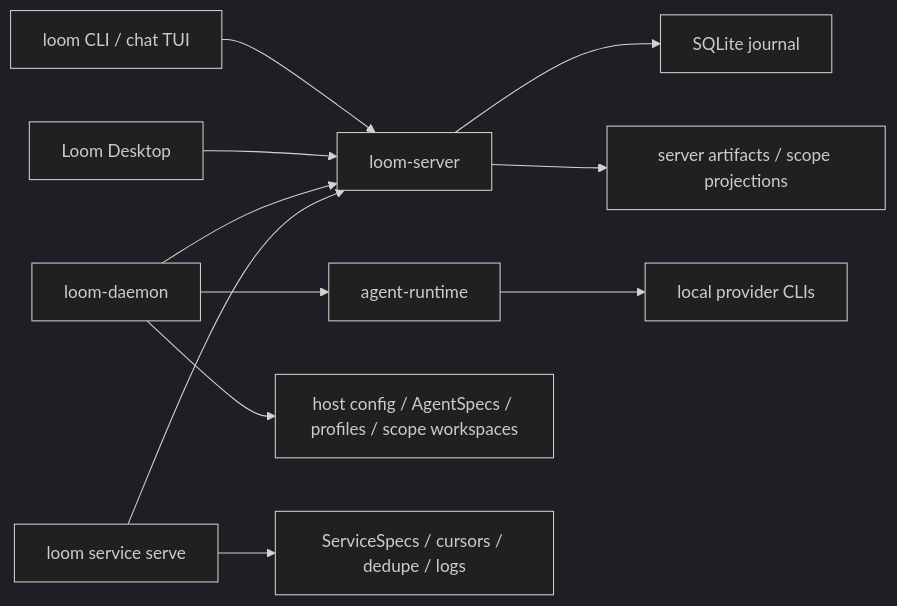
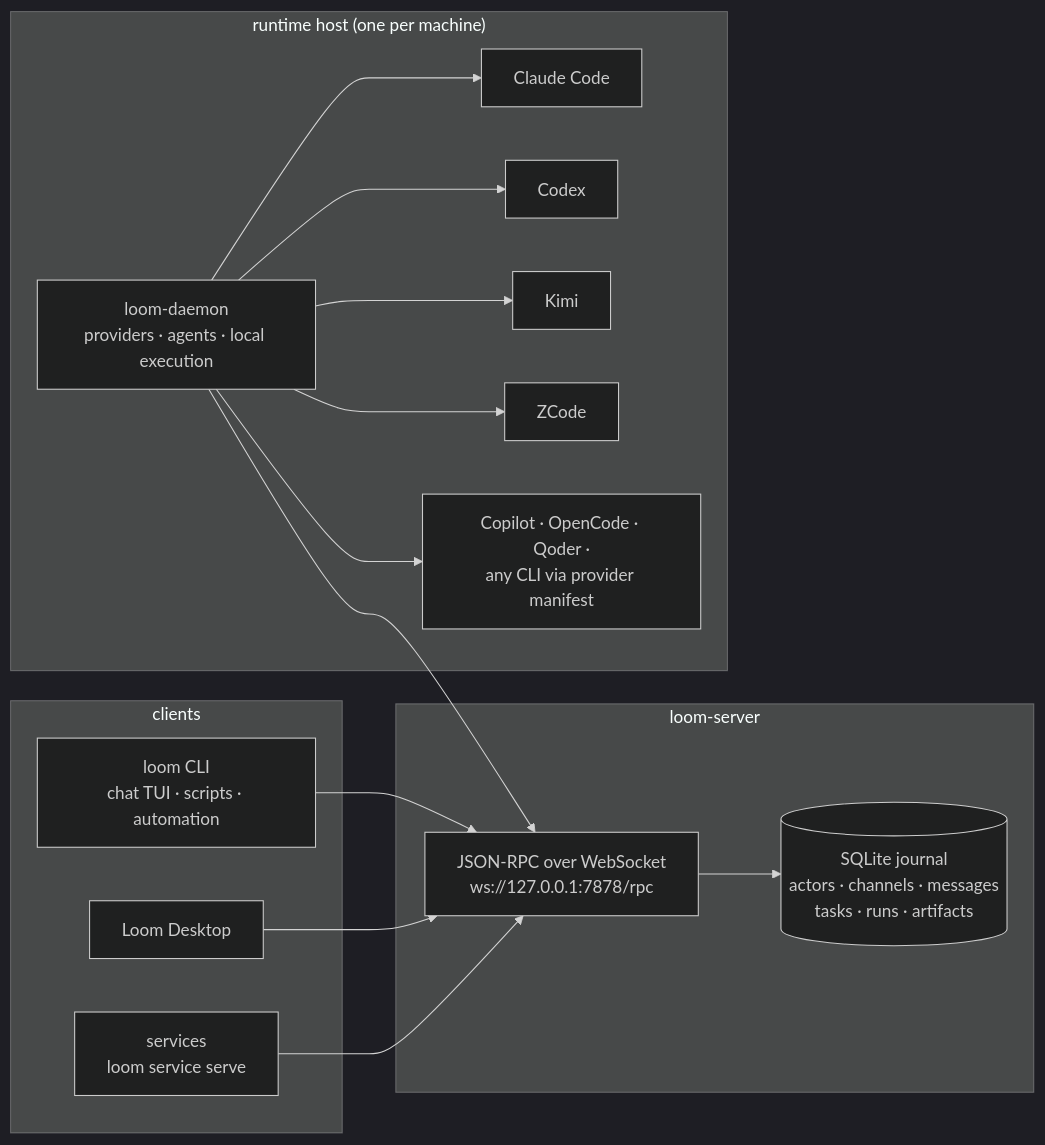
One commit to wyw-ai/loom changed the diagram in README.md. Above: the diagram before and after it, drawn with Mermaid (dark theme). The commit also changed other lines of this file and 1 other file, not shown here.

Commit message:
docs: replace abstract architecture diagram with concrete components
- show loom CLI / Loom Desktop / services connecting to loom-server
  (JSON-RPC over WebSocket, SQLite journal contents spelled out)
- show loom-daemon on each runtime host launching Claude Code, Codex,
  Kimi, ZCode, and other provider CLIs
- move the architecture section up right after How It Works
- keep English and zh-CN versions in sync

````diff
--- a/README.md
+++ b/README.md
@@ -182,13 +65,33 @@
 ```mermaid
 flowchart LR
-  cli["loom CLI / chat TUI"] --> server["loom-server"]
-  gui["Loom Desktop"] --> server
-  daemon["loom-daemon"] --> server
-  service["loom service serve"] --> server
-  daemon --> runtime["agent-runtime"]
-  runtime --> providers["local provider CLIs"]
-  daemon --> hostdata["host config / AgentSpecs / profiles / scope workspaces"]
-  service --> svcstate["ServiceSpecs / cursors / dedupe / logs"]
-  server --> store["SQLite journal"]
-  server --> files["server artifacts / scope projections"]
+  subgraph clients["clients"]
+    cli["loom CLI<br/>chat TUI · scripts · automation"]
+    gui["Loom Desktop"]
+    svc["services<br/>loom service serve"]
+  end
+
+  subgraph srv["loom-server"]
+    rpc["JSON-RPC over WebSocket<br/>ws://127.0.0.1:7878/rpc"]
+    db[("SQLite journal<br/>actors · channels · messages<br/>tasks · runs · artifacts")]
+    rpc --> db
+  end
+
+  subgraph host["runtime host (one per machine)"]
+    daemon["loom-daemon<br/>providers · agents · local execution"]
+    claude["Claude Code"]
+    codex["Codex"]
+    kimi["Kimi"]
+    zcode["ZCode"]
+    more["Copilot · OpenCode · Qoder ·<br/>any CLI via provider manifest"]
+    daemon --> claude
+    daemon --> codex
+    daemon --> kimi
+    daemon --> zcode
+    daemon --> more
+  end
+
+  cli --> rpc
+  gui --> rpc
+  svc --> rpc
+  daemon --> rpc
 ```
````
